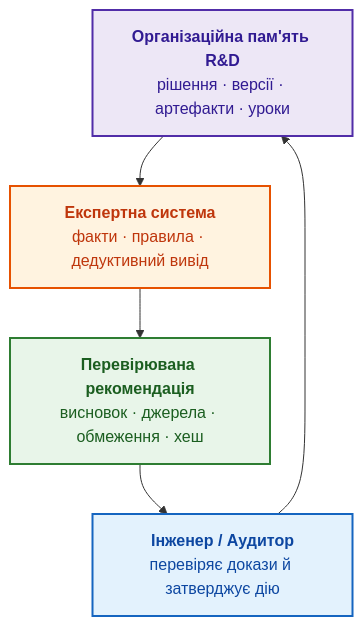
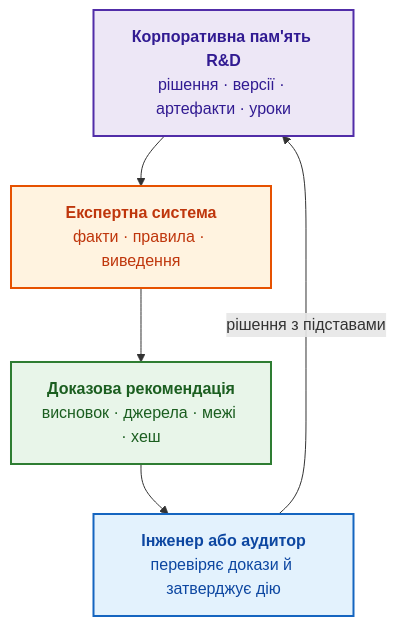
The first of 4 diagrams in ExpertSystem/ch05-triad-of-trust-and-corporate-memory.md (nick-fedchik/articles), drawn with Mermaid before and after one commit. The commit also changed other lines of this file, not shown here.

````diff
--- a/ExpertSystem/ch05-triad-of-trust-and-corporate-memory.md
+++ b/ExpertSystem/ch05-triad-of-trust-and-corporate-memory.md
@@ -34,20 +20,20 @@
 ```mermaid
 flowchart TB
-    accTitle: Три складники перевірюваної підтримки рішень
-    accDescr: Організаційна пам'ять постачає знання, експертна система застосовує їх, а перевірювана рекомендація повертає людині висновок із джерелами та межами.
+    accTitle: Трикутник довіри
+    accDescr: Корпоративна пам'ять постачає знання, експертна система застосовує знання до випадку, доказова рекомендація повертає людині висновок із джерелами та межами, а затверджене рішення з підставами повертається до пам'яті.
 
-    M["<b>Організаційна пам'ять R&D</b><br/>рішення · версії · артефакти · уроки"] --> E["<b>Експертна система</b><br/>факти · правила · дедуктивний вивід"]
-    E --> R["<b>Перевірювана рекомендація</b><br/>висновок · джерела · обмеження · хеш"]
-    R --> H["<b>Інженер / Аудитор</b><br/>перевіряє докази й затверджує дію"]
-    H --> M
+    M["<b>Корпоративна пам'ять R&D</b><br/>рішення · версії · артефакти · уроки"] --> E["<b>Експертна система</b><br/>факти · правила · виведення"]
+    E --> R["<b>Доказова рекомендація</b><br/>висновок · джерела · межі · хеш"]
+    R --> H["<b>Інженер або аудитор</b><br/>перевіряє докази й затверджує дію"]
+    H -->|"рішення з підставами"| M
 
     classDef mem fill:#ede7f6,stroke:#512da8,stroke-width:2px,color:#311b92;
     classDef sys fill:#fff3e0,stroke:#e65100,stroke-width:2px,color:#bf360c;
     classDef rec fill:#e8f5e9,stroke:#2e7d32,stroke-width:2px,color:#1b5e20;
     classDef hum fill:#e3f2fd,stroke:#1565c0,stroke-width:2px,color:#0d47a1;
 
     class M mem;
     class E sys;
     class R rec;
     class H hum;
 ```
````
